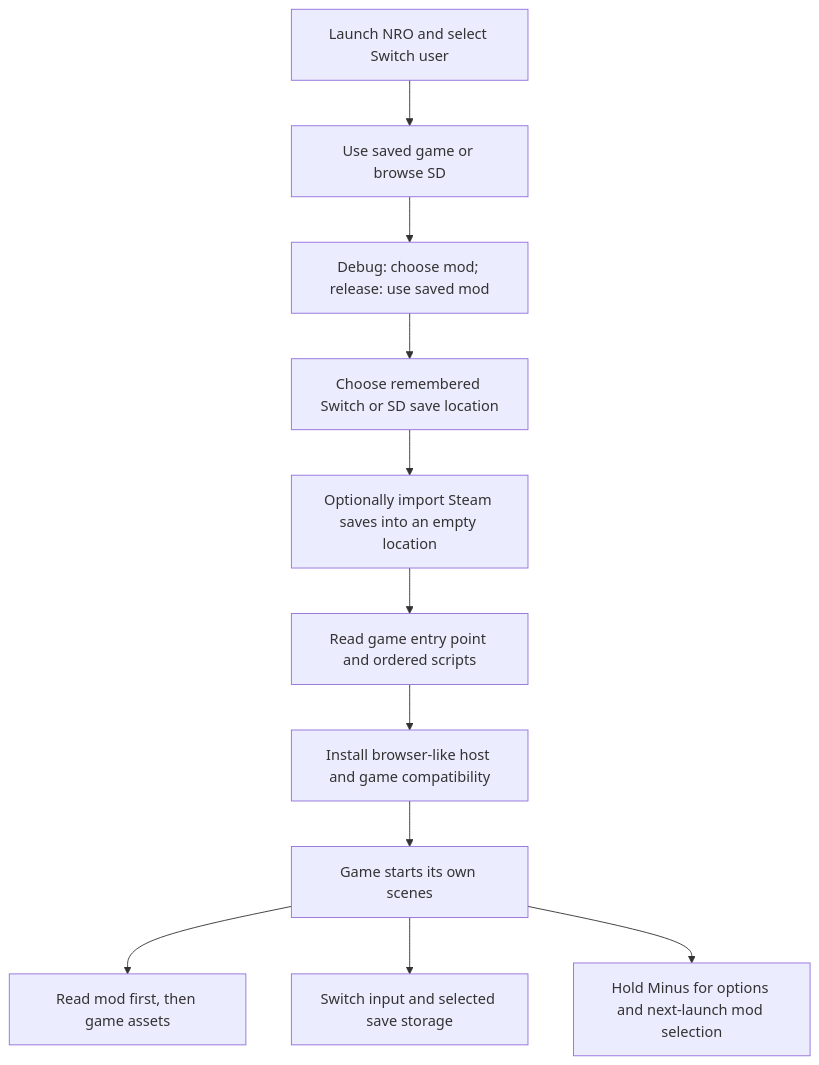
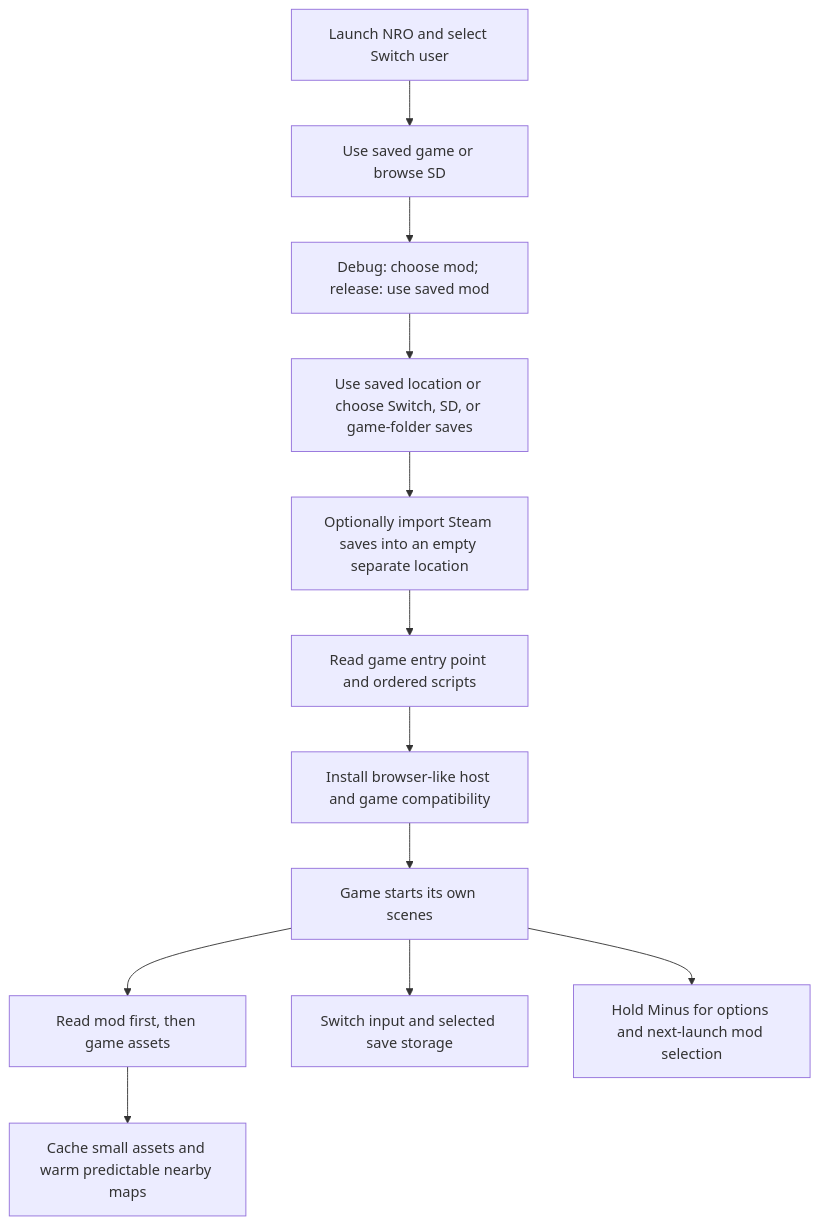
Before and after one commit to ETCHDEV/BurialNX: the diagram in WORKING.md, drawn with Mermaid. The commit also changed other lines of this file and 22 other files, not shown here.

````diff
--- a/WORKING.md
+++ b/WORKING.md
@@ -8,13 +8,14 @@
 ```mermaid
 flowchart TD
     A[Launch NRO and select Switch user] --> B[Use saved game or browse SD]
     B --> C[Debug: choose mod; release: use saved mod]
-    C --> S[Choose remembered Switch or SD save location]
-    S --> T[Optionally import Steam saves into an empty location]
+    C --> S[Use saved location or choose Switch, SD, or game-folder saves]
+    S --> T[Optionally import Steam saves into an empty separate location]
     T --> D[Read game entry point and ordered scripts]
     D --> E[Install browser-like host and game compatibility]
     E --> F[Game starts its own scenes]
     F --> G[Read mod first, then game assets]
+    G --> P[Cache small assets and warm predictable nearby maps]
     F --> H[Switch input and selected save storage]
     F --> I[Hold Minus for options and next-launch mod selection]
 ```
````
